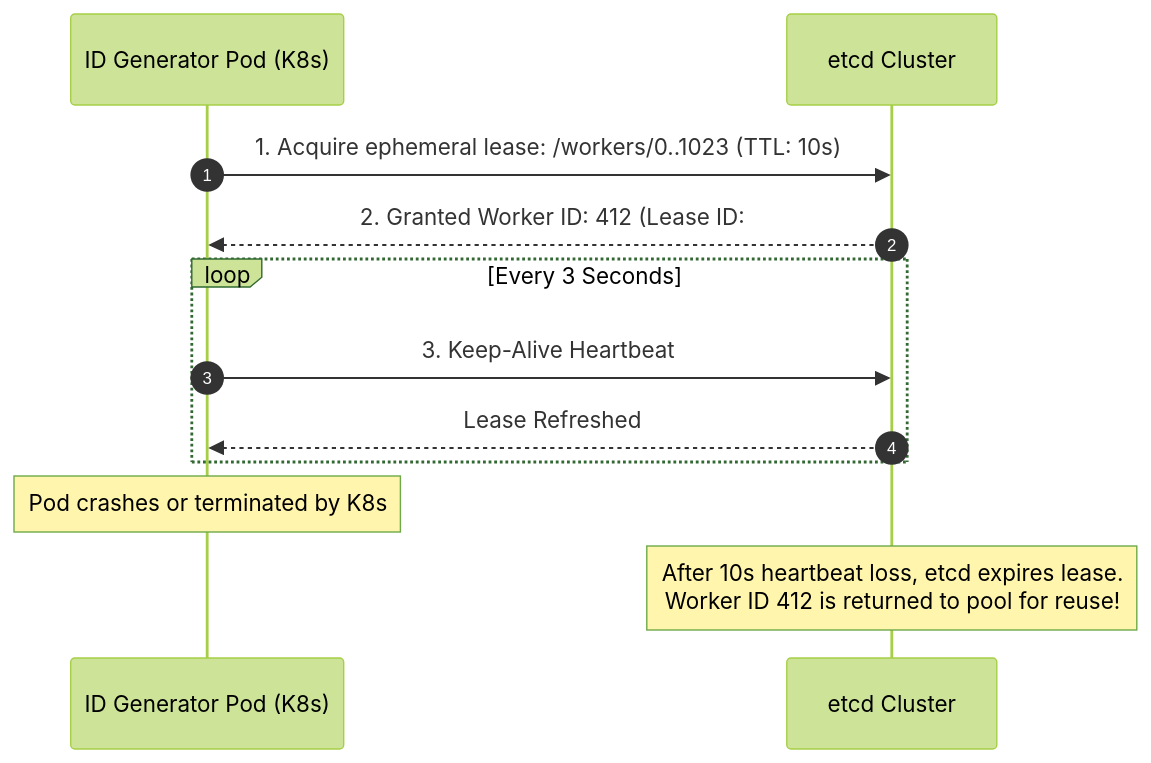
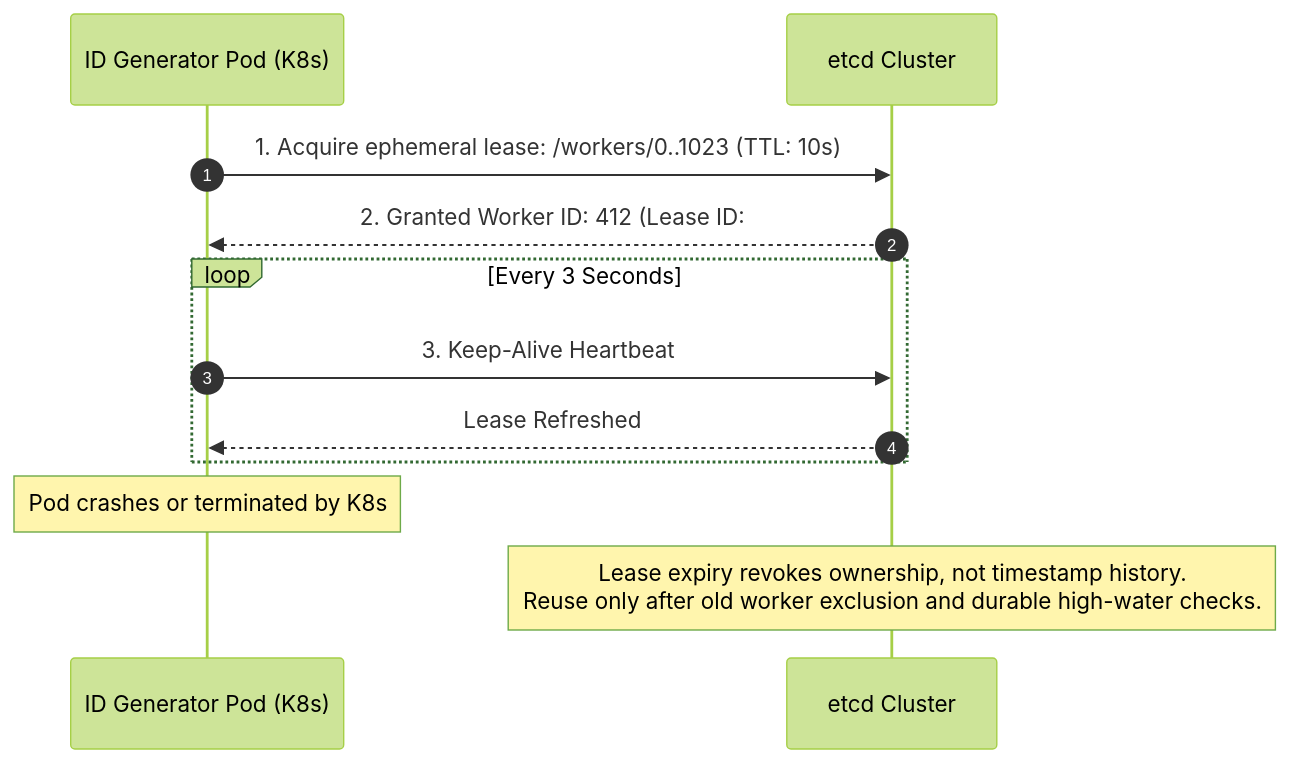
The third of 4 diagrams in 07. Unique-Id Generator/Readme.md (abhinnaagrawal/system-design-notes), drawn with Mermaid (forest theme) before and after one commit. The commit also changed other lines of this file and 83 other files, not shown here.

````diff
--- a/07. Unique-Id Generator/Readme.md
+++ b/07. Unique-Id Generator/Readme.md
@@ -203,17 +207,17 @@
 ```mermaid
 sequenceDiagram
     autonumber
     participant Pod as ID Generator Pod (K8s)
     participant etcd as etcd Cluster
     
     Pod->>etcd: 1. Acquire ephemeral lease: /workers/0..1023 (TTL: 10s)
     etcd-->>Pod: 2. Granted Worker ID: 412 (Lease ID: #9821)
     
     loop Every 3 Seconds
         Pod->>etcd: 3. Keep-Alive Heartbeat
         etcd-->>Pod: Lease Refreshed
     end
 
     Note over Pod: Pod crashes or terminated by K8s
-    Note over etcd: After 10s heartbeat loss, etcd expires lease.<br/>Worker ID 412 is returned to pool for reuse!
+    Note over etcd: Lease expiry revokes ownership, not timestamp history.<br/>Reuse only after old worker exclusion and durable high-water checks.
 ```
````
